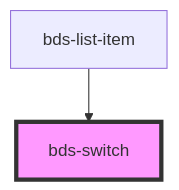
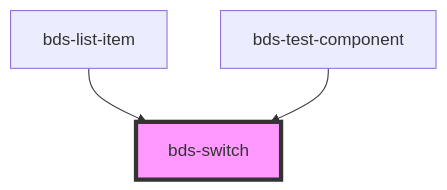
One commit to takenet/blip-ds changed the diagram in src/components/bds-switch/readme.md. Above: the diagram before and after it, drawn with Mermaid. The commit also changed other lines of this file and 73 other files, not shown here.

````diff
--- a/src/components/bds-switch/readme.md
+++ b/src/components/bds-switch/readme.md
@@ -57,5 +58,6 @@
 ```mermaid
 graph TD;
   bds-list-item --> bds-switch
+  bds-test-component --> bds-switch
   style bds-switch fill:#f9f,stroke:#333,stroke-width:4px
 ```
````
